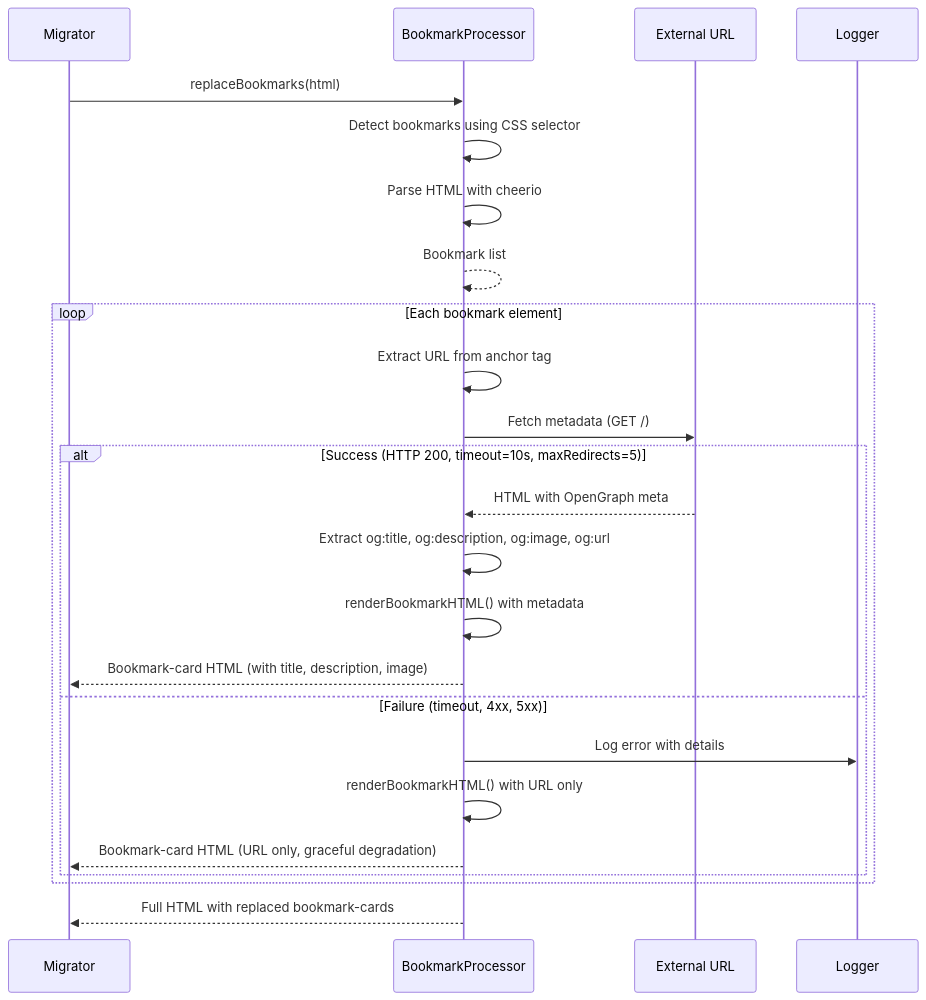
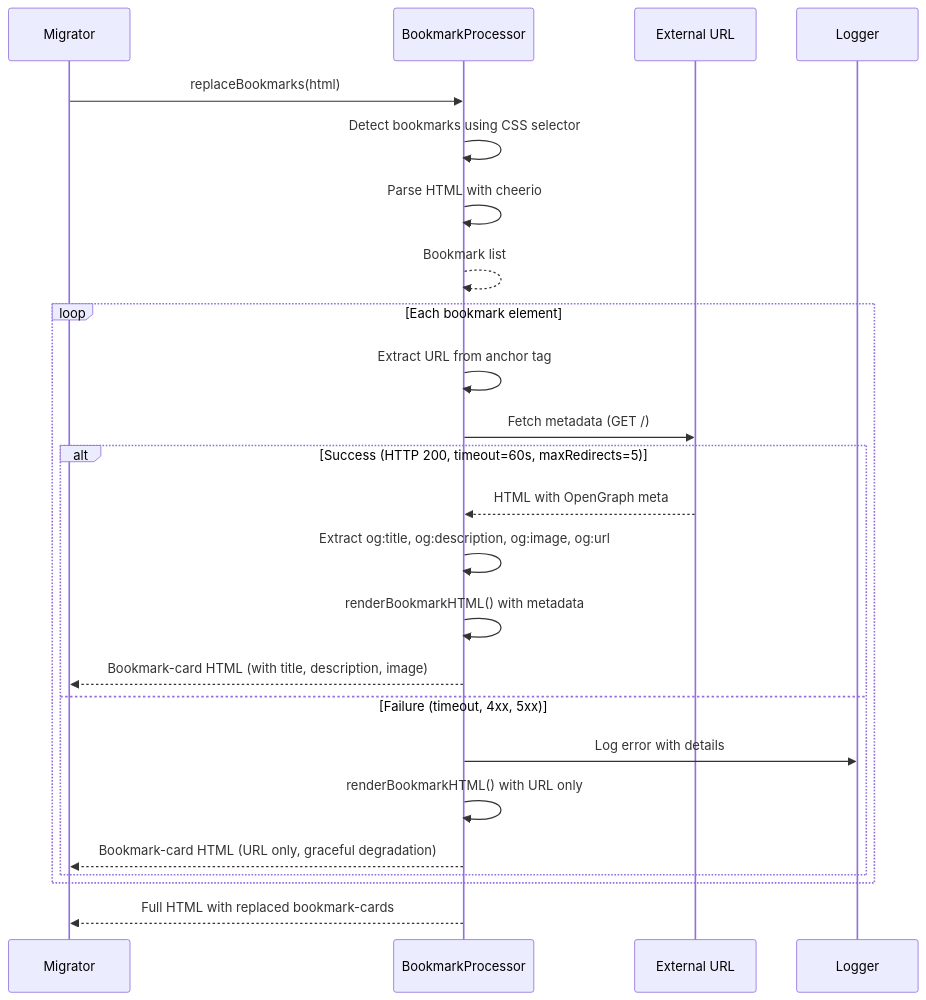
The fifth of 7 diagrams in docs/sequence-diagram.md (ramen4598/Tistory2WordPress), drawn with Mermaid before and after one commit. The commit also changed other lines of this file and 6 other files, not shown here.

````diff
--- a/docs/sequence-diagram.md
+++ b/docs/sequence-diagram.md
@@ -320,31 +330,31 @@
 ```mermaid
 sequenceDiagram
     participant Migrator
     participant BookmarkProcessor
     participant External URL
     participant Logger
 
     Migrator->>BookmarkProcessor: replaceBookmarks(html)
 
     BookmarkProcessor->>BookmarkProcessor: Detect bookmarks using CSS selector
     BookmarkProcessor->>BookmarkProcessor: Parse HTML with cheerio
     BookmarkProcessor-->>BookmarkProcessor: Bookmark list
 
     loop Each bookmark element
         BookmarkProcessor->>BookmarkProcessor: Extract URL from anchor tag
         BookmarkProcessor->>External URL: Fetch metadata (GET /)
 
-        alt Success (HTTP 200, timeout=10s, maxRedirects=5)
+        alt Success (HTTP 200, timeout=60s, maxRedirects=5)
             External URL-->>BookmarkProcessor: HTML with OpenGraph meta
             BookmarkProcessor->>BookmarkProcessor: Extract og:title, og:description, og:image, og:url
             BookmarkProcessor->>BookmarkProcessor: renderBookmarkHTML() with metadata
             BookmarkProcessor-->>Migrator: Bookmark-card HTML (with title, description, image)
         else Failure (timeout, 4xx, 5xx)
             BookmarkProcessor->>Logger: Log error with details
             BookmarkProcessor->>BookmarkProcessor: renderBookmarkHTML() with URL only
             BookmarkProcessor-->>Migrator: Bookmark-card HTML (URL only, graceful degradation)
         end
     end
 
     BookmarkProcessor-->>Migrator: Full HTML with replaced bookmark-cards
 ```
````
